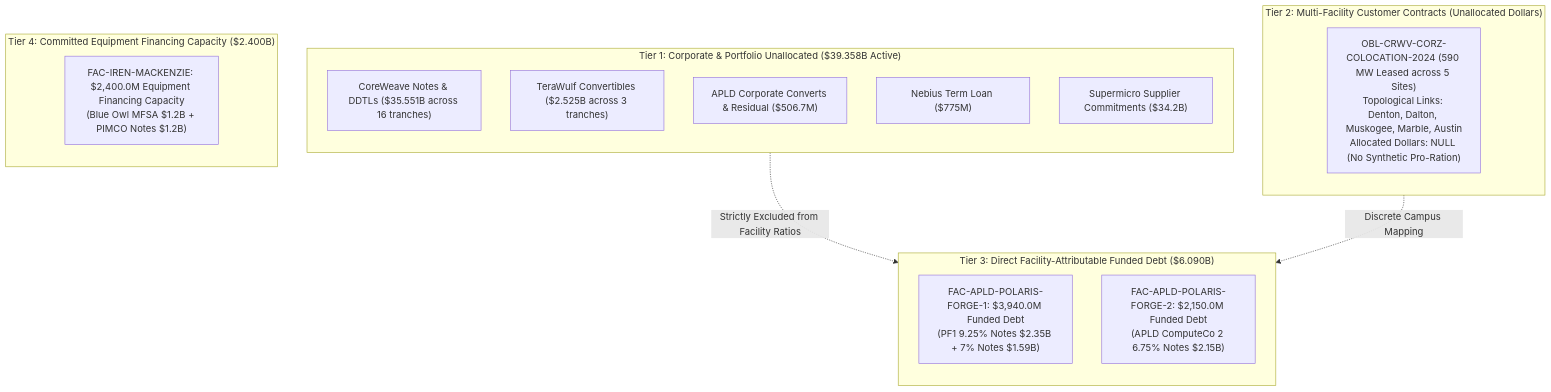
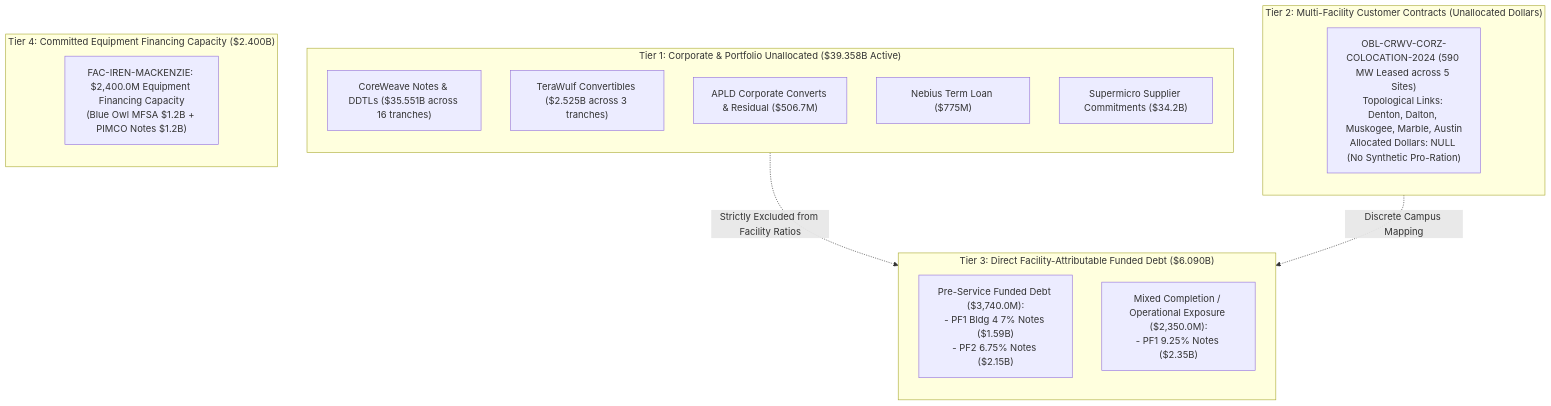
The diagram in 2026/2026-09-28-ai-infrastructure-network/docs/phase1_task021_energization_at_risk.md (admiralorbiter/computational-sketchbook), drawn with Mermaid before and after one commit. The commit also changed other lines of this file and 26 other files, not shown here.

Commit message:
ADR-021.1a: Source-Registry Epistemic Auto-Binding, Bitemporal Completion Facts, and Layered Synchronization Architecture

````diff
--- a/2026/2026-09-28-ai-infrastructure-network/docs/phase1_task021_energization_at_risk.md
+++ b/2026/2026-09-28-ai-infrastructure-network/docs/phase1_task021_energization_at_risk.md
@@ -81,30 +96,30 @@
 ```mermaid
 flowchart TD
     subgraph CorporateTier["Tier 1: Corporate & Portfolio Unallocated ($39.358B Active)"]
         direction TB
         C1["CoreWeave Notes & DDTLs ($35.551B across 16 tranches)"]
         C2["TeraWulf Convertibles ($2.525B across 3 tranches)"]
         C3["APLD Corporate Converts & Residual ($506.7M)"]
         C4["Nebius Term Loan ($775M)"]
         C5["Supermicro Supplier Commitments ($34.2B)"]
     end
 
     subgraph MultiFacilityTier["Tier 2: Multi-Facility Customer Contracts (Unallocated Dollars)"]
         direction TB
         M1["OBL-CRWV-CORZ-COLOCATION-2024 (590 MW Leased across 5 Sites)<br>Topological Links: Denton, Dalton, Muskogee, Marble, Austin<br>Allocated Dollars: NULL (No Synthetic Pro-Ration)"]
     end
 
     subgraph DirectProjectTier["Tier 3: Direct Facility-Attributable Funded Debt ($6.090B)"]
         direction TB
-        D1["FAC-APLD-POLARIS-FORGE-1: $3,940.0M Funded Debt<br>(PF1 9.25% Notes $2.35B + 7% Notes $1.59B)"]
-        D2["FAC-APLD-POLARIS-FORGE-2: $2,150.0M Funded Debt<br>(APLD ComputeCo 2 6.75% Notes $2.15B)"]
+        D1["Pre-Service Funded Debt ($3,740.0M):<br>- PF1 Bldg 4 7% Notes ($1.59B)<br>- PF2 6.75% Notes ($2.15B)"]
+        D2["Mixed Completion / Operational Exposure ($2,350.0M):<br>- PF1 9.25% Notes ($2.35B)"]
     end
 
     subgraph EquipmentCapTier["Tier 4: Committed Equipment Financing Capacity ($2.400B)"]
         direction TB
         E1["FAC-IREN-MACKENZIE: $2,400.0M Equipment Financing Capacity<br>(Blue Owl MFSA $1.2B + PIMCO Notes $1.2B)"]
     end
 
     CorporateTier -.->|Strictly Excluded from Facility Ratios| DirectProjectTier
     MultiFacilityTier -.->|Discrete Campus Mapping| DirectProjectTier
 ```
````
